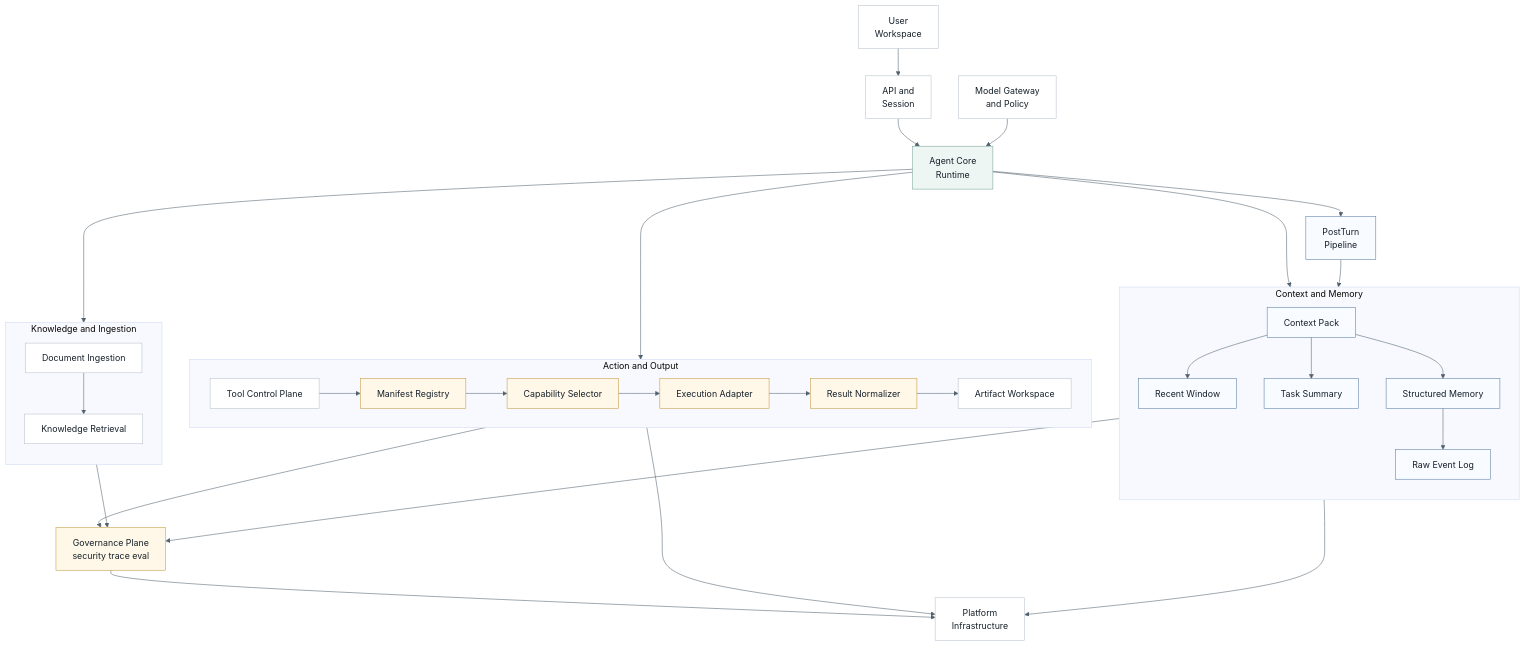
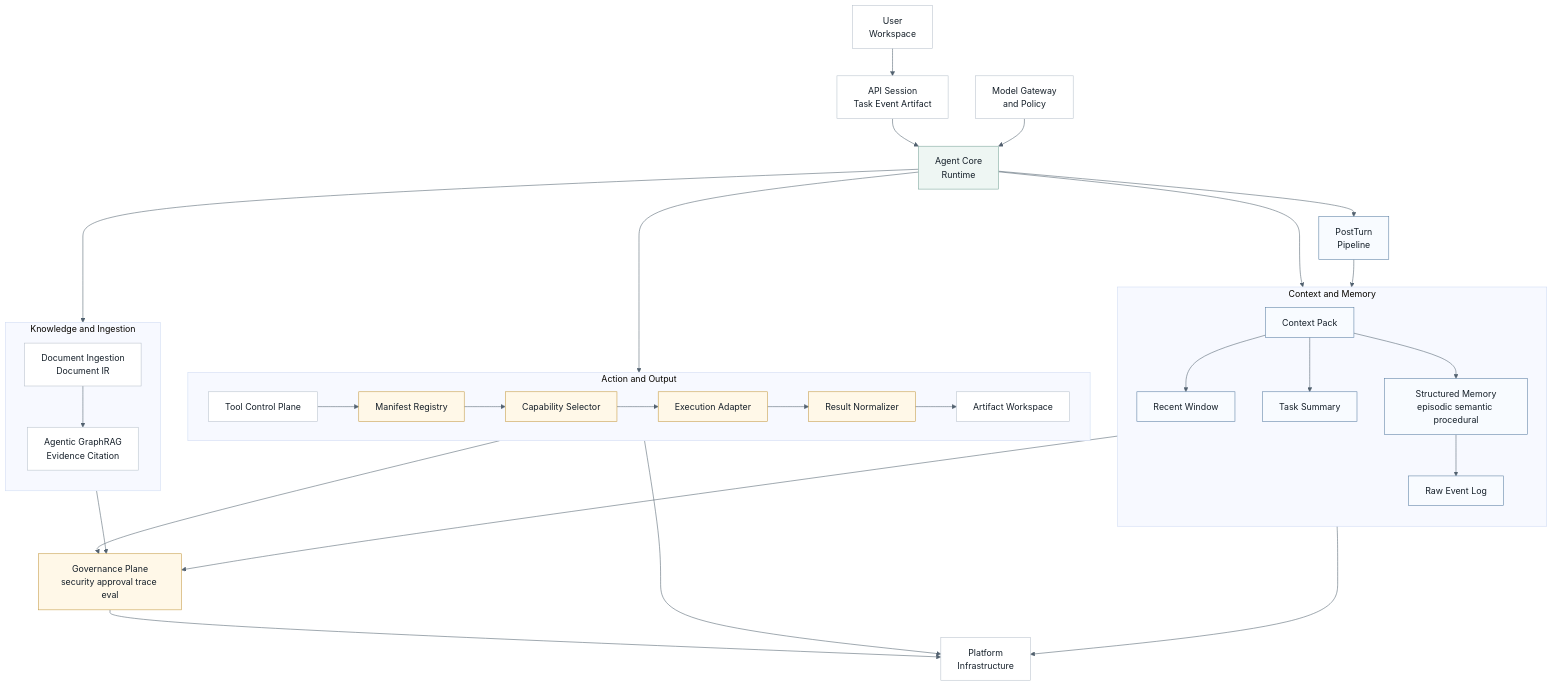
One commit to ProfessorZhi/Zuno changed the first of 10 diagrams in docs/architecture/architecture.md. Above: the diagram before and after it, drawn with Mermaid. The commit also changed other lines of this file and 16 other files, not shown here.

Commit message:
docs: deepen target architecture and implementation plan

````diff
--- a/docs/architecture/architecture.md
+++ b/docs/architecture/architecture.md
@@ -370,61 +1057,61 @@
 ```mermaid
 %%{init: {"theme": "base", "themeVariables": {"background": "#f7f8fb", "lineColor": "#52616f"}}}%%
 flowchart TB
   classDef node fill:#ffffff,stroke:#b8c2cc,stroke-width:1px,color:#16202a;
   classDef accent fill:#eef6f3,stroke:#7aa59a,stroke-width:1px,color:#16202a;
   classDef guard fill:#fff8e8,stroke:#c59b43,stroke-width:1px,color:#16202a;
   classDef mem fill:#f8fbff,stroke:#5b7fa3,stroke-width:1px,color:#16202a;
 
   USER["User<br/>Workspace"]
-  API["API and<br/>Session"]
+  API["API Session<br/>Task Event Artifact"]
   MODEL["Model Gateway<br/>and Policy"]
   CORE["Agent Core<br/>Runtime"]:::accent
   POST["PostTurn<br/>Pipeline"]:::mem
-  GOV["Governance Plane<br/>security trace eval"]:::guard
+  GOV["Governance Plane<br/>security approval trace eval"]:::guard
   PLATFORM["Platform<br/>Infrastructure"]
 
   subgraph MEMSYS["Context and Memory"]
     direction TB
     PACK["Context Pack"]:::mem
     RECENT["Recent Window"]:::mem
     SUMMARY["Task Summary"]:::mem
-    STRUCT["Structured Memory"]:::mem
+    STRUCT["Structured Memory<br/>episodic semantic procedural"]:::mem
     RAW["Raw Event Log"]:::mem
     PACK --> RECENT
     PACK --> SUMMARY
     PACK --> STRUCT
     STRUCT --> RAW
   end
 
   subgraph KNOWSYS["Knowledge and Ingestion"]
     direction TB
-    INGEST["Document Ingestion"]
-    KNOW["Knowledge Retrieval"]
+    INGEST["Document Ingestion<br/>Document IR"]
+    KNOW["Agentic GraphRAG<br/>Evidence Citation"]
     INGEST --> KNOW
   end
 
   subgraph ACTSYS["Action and Output"]
     direction LR
     TOOL["Tool Control Plane"]
     REG["Manifest Registry"]:::guard
     SELECT["Capability Selector"]:::guard
     EXEC["Execution Adapter"]:::guard
     NORM["Result Normalizer"]:::guard
     ART["Artifact Workspace"]
     TOOL --> REG --> SELECT --> EXEC --> NORM --> ART
   end
 
   USER --> API --> CORE
   MODEL --> CORE
   CORE --> PACK
   CORE --> TOOL
   CORE --> KNOW
   CORE --> POST --> RAW
   PACK --> GOV
   NORM --> GOV
   KNOW --> GOV
   GOV --> PLATFORM
   RAW --> PLATFORM
   ART --> PLATFORM
   class USER,API,MODEL,PLATFORM node;
 ```
````
